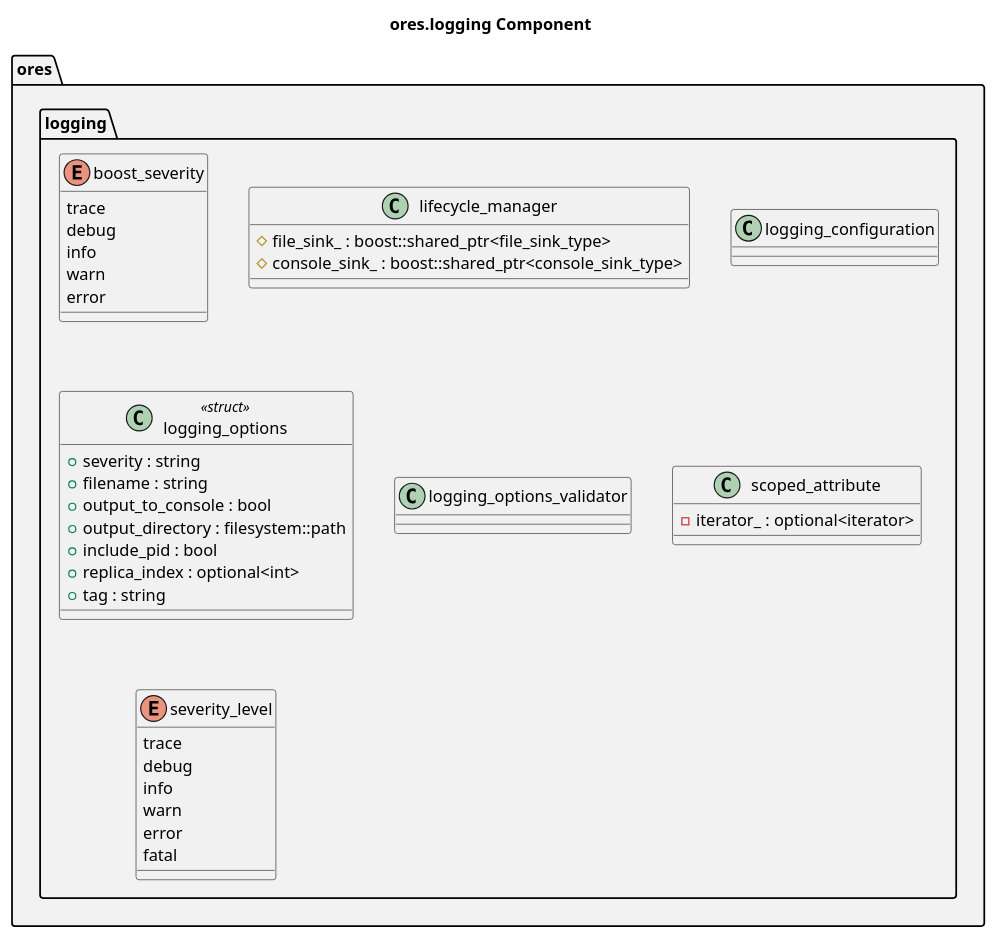
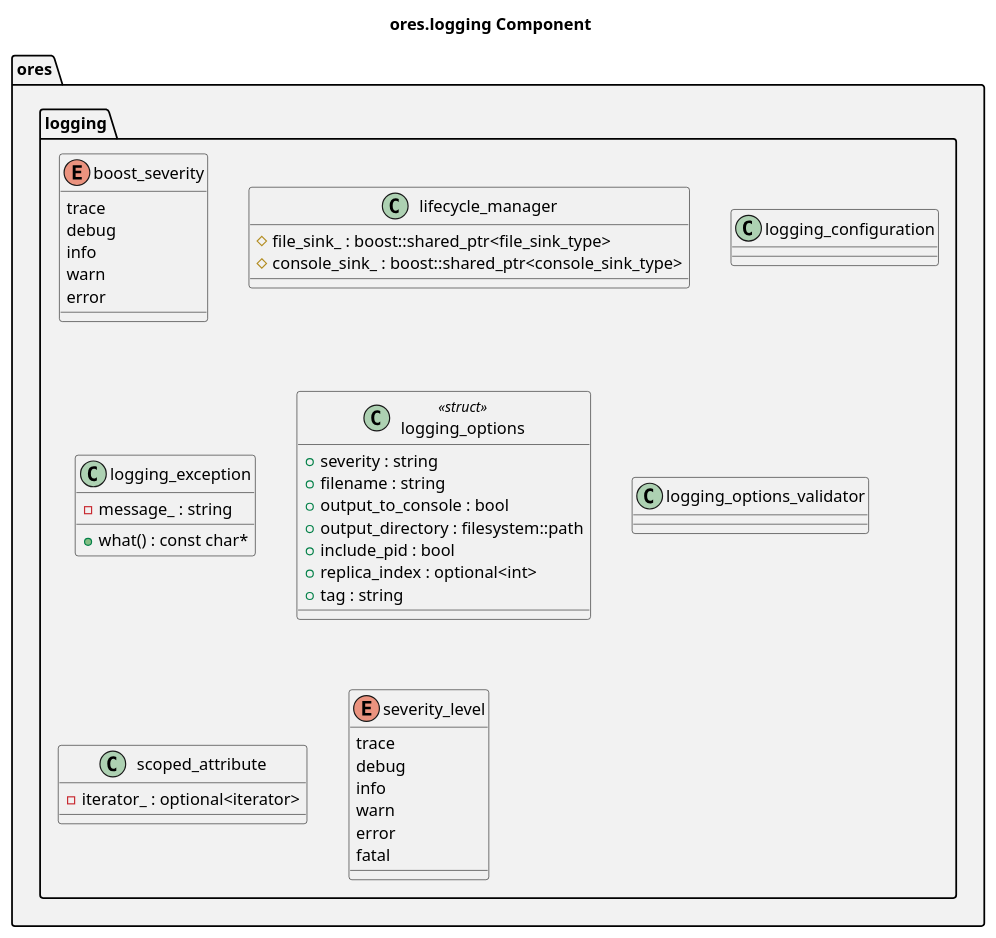
Before and after one commit to OreStudio/OreStudio: the diagram in projects/ores.logging/modeling/ores.logging.puml, drawn with PlantUML. The commit also changed 2 other files, not shown here.

Commit message:
[ores.logging] Correct the component documentation and its diagram
The overview's See also section was an empty bullet, and Dependencies
named only Boost.Log, omitting Boost.ProgramOptions, Boost.Exception
and ores.platform. The diagram omitted logging_exception.

Story-ID: A6D32783-BE66-4FE3-99A8-227BE7C7DE63
Task-ID: D042AF8C-F308-46E0-9646-B9BEA4FADC91
Environment: festive_dijkstra

```diff
--- a/projects/ores.logging/modeling/ores.logging.puml
+++ b/projects/ores.logging/modeling/ores.logging.puml
@@ -18,52 +18,56 @@
 @startuml
 
 title ores.logging Component
 
 set namespaceSeparator ::
 
 namespace ores #F2F2F2 {
     namespace logging #F2F2F2 {
         enum boost_severity {
             trace
             debug
             info
             warn
             error
         }
         class lifecycle_manager {
             #file_sink_ : boost::shared_ptr<file_sink_type>
             #console_sink_ : boost::shared_ptr<console_sink_type>
         }
         class logging_configuration {
+        }
+        class logging_exception {
+            -message_ : string
+            +what() : const char*
         }
         class logging_options <<struct>> {
             +severity : string
             +filename : string
             +output_to_console : bool
             +output_directory : filesystem::path
             +include_pid : bool
             +replica_index : optional<int>
             +tag : string
         }
         class logging_options_validator {
         }
         class scoped_attribute {
             -iterator_ : optional<iterator>
         }
         enum severity_level {
             trace
             debug
             info
             warn
             error
             fatal
         }
     }
 }
 
 ' --- manual: everything below this line is hand-authored; the script preserves it ---
 
 ' Local Variables:
 ' compile-command: "java -Djava.awt.headless=true -DPLANTUML_SECURITY_PROFILE=UNSECURE -DPLANTUML_LIMIT_SIZE=65535 -jar /usr/share/plantuml/plantuml.jar ores.logging.puml"
 ' End:
 @enduml
```
